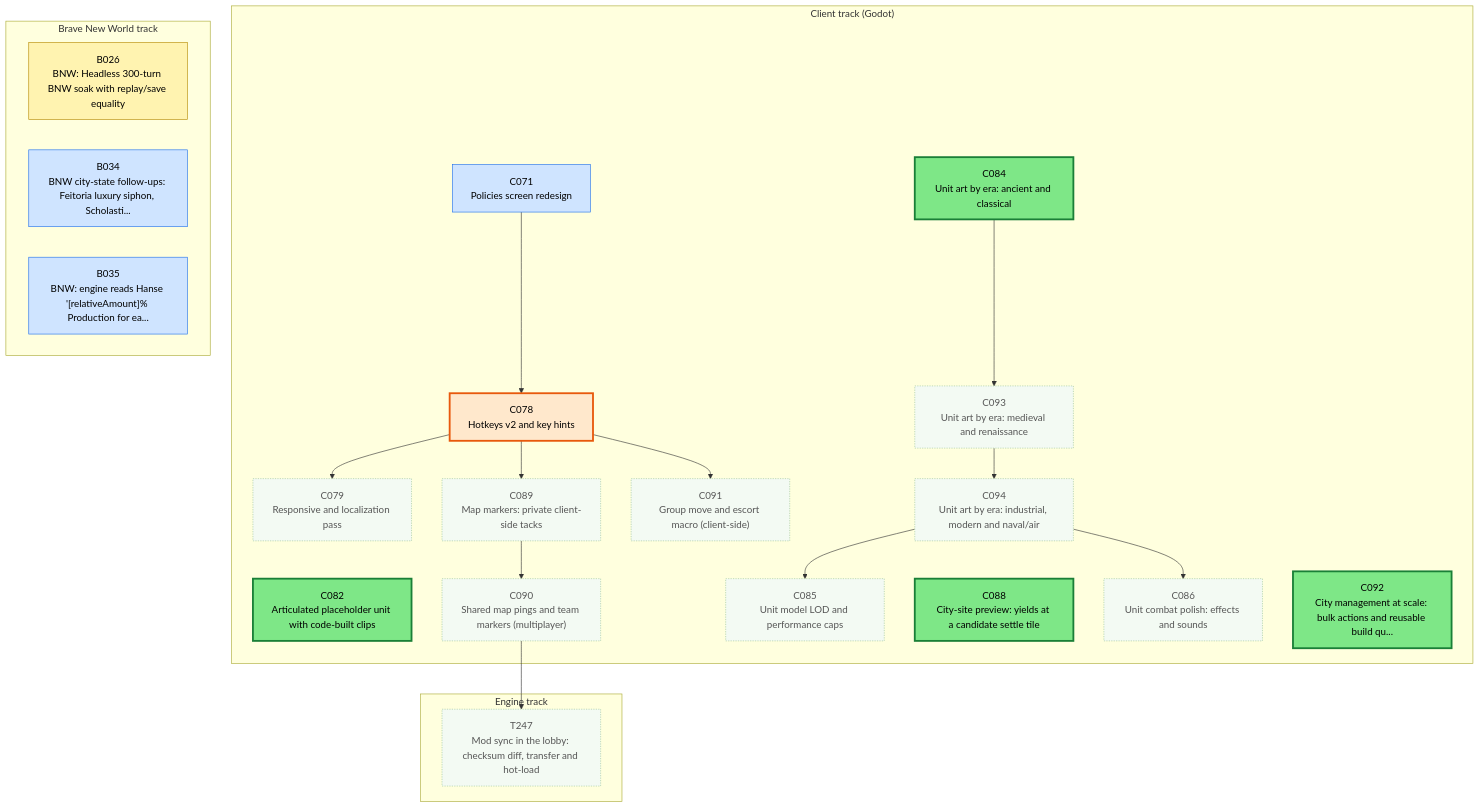
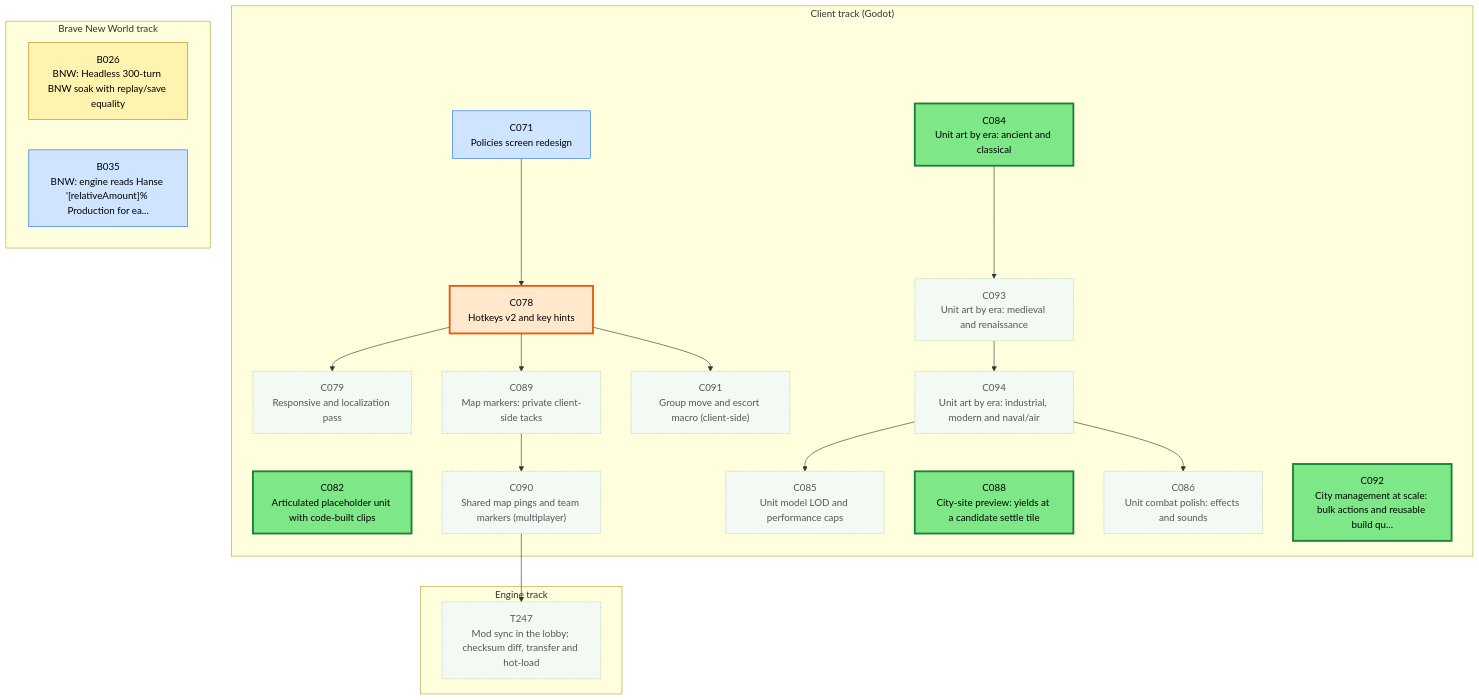
One commit to Kenmura/Unciv changed the first of 3 diagrams in csharp/migration/DEPENDENCY_MAP.md. Above: the diagram before and after it, drawn with Mermaid. The commit also changed other lines of this file and 1 other file, not shown here.

Commit message:
migration: review B034 pass [Adversarial Review]

````diff
--- a/csharp/migration/DEPENDENCY_MAP.md
+++ b/csharp/migration/DEPENDENCY_MAP.md
@@ -25,62 +25,60 @@
 ```mermaid
 flowchart TD
   subgraph TTRACK["Engine track"]
     T247["T247<br/>Mod sync in the lobby: checksum diff, transfer and hot-load"]
   end
   subgraph CTRACK["Client track (Godot)"]
     C071["C071<br/>Policies screen redesign"]
     C078["C078<br/>Hotkeys v2 and key hints"]
     C079["C079<br/>Responsive and localization pass"]
     C082["C082<br/>Articulated placeholder unit with code-built clips"]
     C084["C084<br/>Unit art by era: ancient and classical"]
     C085["C085<br/>Unit model LOD and performance caps"]
     C086["C086<br/>Unit combat polish: effects and sounds"]
     C088["C088<br/>City-site preview: yields at a candidate settle tile"]
     C089["C089<br/>Map markers: private client-side tacks"]
     C090["C090<br/>Shared map pings and team markers (multiplayer)"]
     C091["C091<br/>Group move and escort macro (client-side)"]
     C092["C092<br/>City management at scale: bulk actions and reusable build qu..."]
     C093["C093<br/>Unit art by era: medieval and renaissance"]
     C094["C094<br/>Unit art by era: industrial, modern and naval/air"]
   end
   subgraph BTRACK["Brave New World track"]
     B026["B026<br/>BNW: Headless 300-turn BNW soak with replay/save equality"]
-    B034["B034<br/>BNW city-state follow-ups: Feitoria luxury siphon, Scholasti..."]
     B035["B035<br/>BNW: engine reads Hanse '[relativeAmount]% Production for ea..."]
   end
   C090 --> T247
   C071 --> C078
   C078 --> C079
   C094 --> C085
   C094 --> C086
   C078 --> C089
   C089 --> C090
   C078 --> C091
   C084 --> C093
   C093 --> C094
   classDef waiting fill:#f3faf3,stroke:#9bc49b,color:#555,stroke-dasharray:2 2
   classDef ondeck fill:#ffe8cc,stroke:#e8590c,stroke-width:3px,color:#000
   classDef ready fill:#7ee787,stroke:#1a7f37,stroke-width:3px,color:#000
   classDef prog fill:#fff3b0,stroke:#b58900,color:#000
   classDef review fill:#cfe4ff,stroke:#1f6feb,color:#000
   classDef blocked fill:#ffd6d6,stroke:#c62828,color:#000
   classDef done fill:#eeeeee,stroke:#999999,color:#666,stroke-dasharray:4 3
   class B026 prog
-  class B034 review
   class B035 review
   class C071 review
   class C078 ondeck
   class C079 waiting
   class C082 ready
   class C084 ready
   class C085 waiting
   class C086 waiting
   class C088 ready
   class C089 waiting
   class C090 waiting
   class C091 waiting
   class C092 ready
   class C093 waiting
   class C094 waiting
   class T247 waiting
 ```
````
